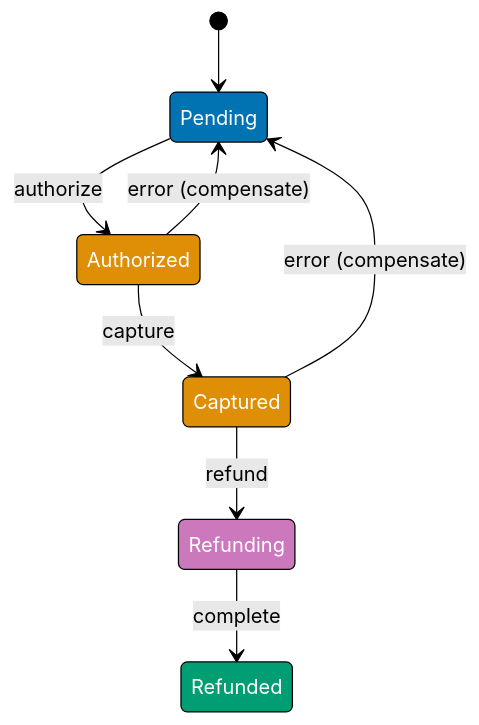
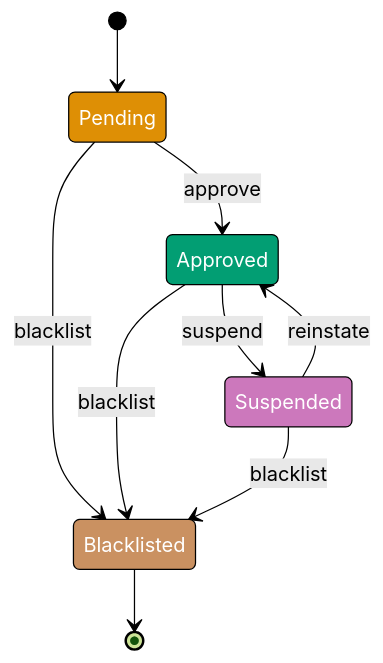
Before and after one commit to wahidyankf/open-sharia-enterprise: the first of 3 diagrams in apps/ayokoding-web/content/en/learn/software-engineering/architecture/finite-state-machine-fsm/by-example/advanced.md, drawn with Mermaid (forest theme). The commit also changed other lines of this file and 38 other files, not shown here.

First line of the commit message:
docs(ayokoding-web): unify architecture tutorials on shared P2P domain

````diff
--- a/apps/ayokoding-web/content/en/learn/software-engineering/architecture/finite-state-machine-fsm/by-example/advanced.md
+++ b/apps/ayokoding-web/content/en/learn/software-engineering/architecture/finite-state-machine-fsm/by-example/advanced.md
@@ -418,20 +18,21 @@
 ```mermaid
 stateDiagram-v2
     [*] --> Pending
-    Pending --> Authorized: authorize
-    Authorized --> Captured: capture
-    Authorized --> Pending: error (compensate)
-    Captured --> Refunding: refund
-    Captured --> Pending: error (compensate)
-    Refunding --> Refunded: complete
+    Pending --> Approved: approve
+    Pending --> Blacklisted: blacklist
+    Approved --> Suspended: suspend
+    Approved --> Blacklisted: blacklist
+    Suspended --> Approved: reinstate
+    Suspended --> Blacklisted: blacklist
+    Blacklisted --> [*]
 
-    classDef pendingState fill:#0173B2,stroke:#000,color:#fff
-    classDef activeState fill:#DE8F05,stroke:#000,color:#fff
-    classDef refundState fill:#CC78BC,stroke:#000,color:#fff
-    classDef doneState fill:#029E73,stroke:#000,color:#fff
+    classDef pending fill:#DE8F05,stroke:#000,color:#fff
+    classDef approved fill:#029E73,stroke:#000,color:#fff
+    classDef suspended fill:#CC78BC,stroke:#000,color:#fff
+    classDef blacklisted fill:#CA9161,stroke:#000,color:#fff
 
-    class Pending pendingState
-    class Authorized,Captured activeState
-    class Refunding refundState
-    class Refunded doneState
+    class Pending pending
+    class Approved approved
+    class Suspended suspended
+    class Blacklisted blacklisted
 ```
````
